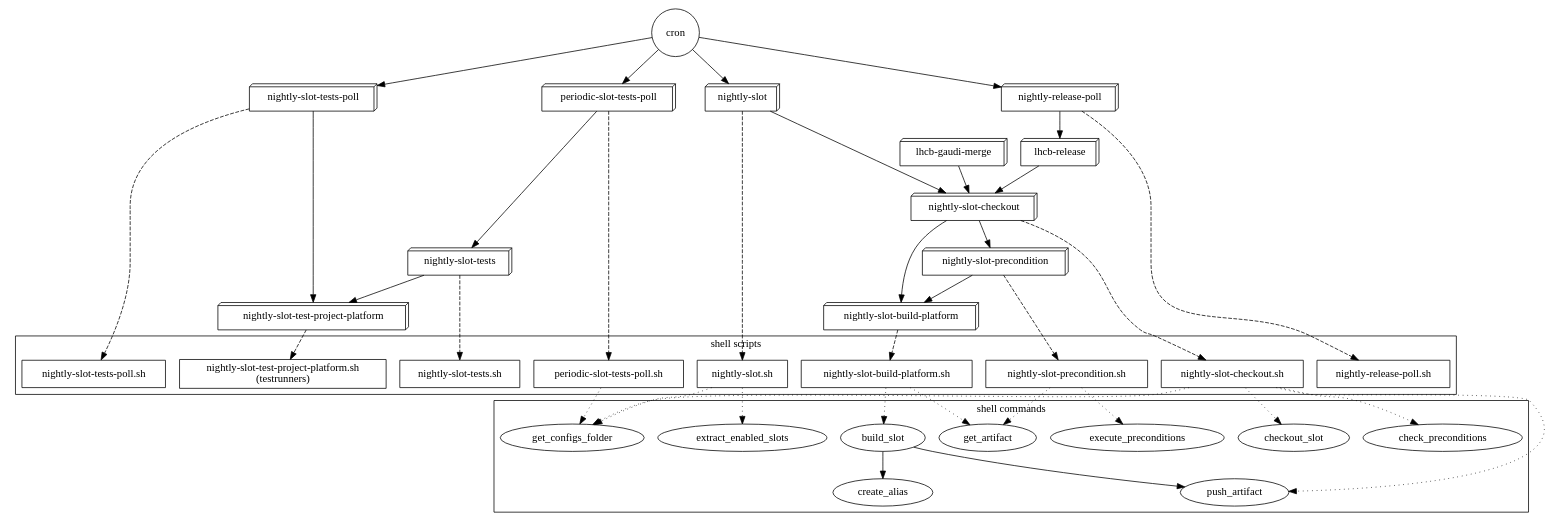
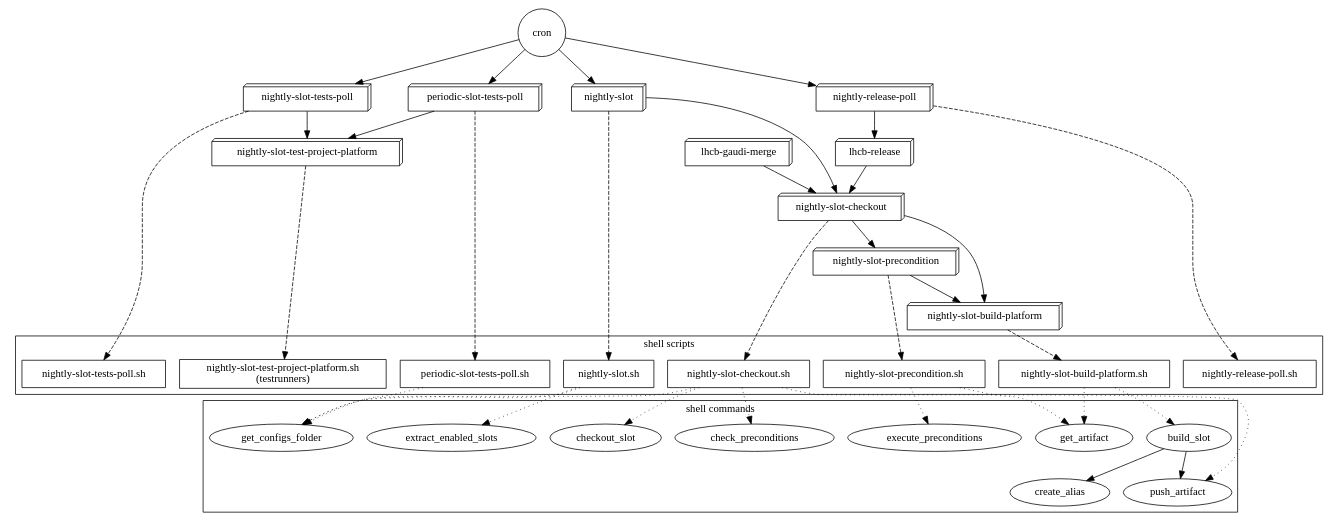
Before and after one commit to LHCbDev/lhcbpr2all: the diagram in docs/jenkins-scripts.dot, drawn with Graphviz. The commit also changed 5 other files, not shown here.

Commit message:
removed nightly-slot-tests.sh and updated periodic-slot-tests-poll.sh

```diff
--- a/docs/jenkins-scripts.dot
+++ b/docs/jenkins-scripts.dot
@@ -1,109 +1,107 @@
 digraph "Jenkins-scripts" {
 
 "cron" [shape=circle];
 
 cron -> { rank = same; node [shape=box3d];
   "nightly-slot";
   "nightly-slot-tests-poll";
   "periodic-slot-tests-poll";
   "nightly-release-poll";
 }
 
 // Jenkins jobs
 subgraph jobs {
   node [shape=box3d];
   //label = "Jenkins jobs";
 
   "nightly-slot" -> "nightly-slot-checkout";
   "nightly-slot-checkout" -> "nightly-slot-precondition";
   "nightly-slot-checkout" -> "nightly-slot-build-platform";
   "nightly-slot-precondition" -> "nightly-slot-build-platform";
 
   "nightly-slot-tests-poll" -> "nightly-slot-test-project-platform";
 
-  "periodic-slot-tests-poll" -> "nightly-slot-tests" -> "nightly-slot-test-project-platform";
+  "periodic-slot-tests-poll" -> "nightly-slot-test-project-platform";
 
   "nightly-release-poll" -> "lhcb-release" -> "nightly-slot-checkout";
 
   "lhcb-gaudi-merge" -> "nightly-slot-checkout";
 }
 
 // Scripts
 subgraph cluster_scripts {
   node [shape=box];
   rank = same;
   label = "shell scripts";
 
   "nightly-slot.sh";
   "nightly-slot-checkout.sh";
   "nightly-slot-precondition.sh";
   "nightly-slot-build-platform.sh";
   "nightly-slot-tests-poll.sh";
   "nightly-slot-test-project-platform.sh" [label = "nightly-slot-test-project-platform.sh\n(testrunners)"];
   "nightly-release-poll.sh";
 
   "periodic-slot-tests-poll.sh";
-  "nightly-slot-tests.sh";
 }
 
 // Shell commands (aliases)
 subgraph cluster_commands {
   node [shape=ellipse];
   rank = same;
   label = "shell commands";
 
   get_configs_folder;
   extract_enabled_slots;
   checkout_slot;
   push_artifact;
   check_preconditions;
   get_artifact;
   execute_preconditions;
   build_slot;
   create_alias;
 
   build_slot -> { create_alias push_artifact }
 };
 
 // Connections jobs->scripts
 edge [style=dashed];
 "nightly-slot" -> "nightly-slot.sh";
 "nightly-slot-checkout" -> "nightly-slot-checkout.sh";
 "nightly-slot-precondition" -> "nightly-slot-precondition.sh";
 "nightly-slot-build-platform" -> "nightly-slot-build-platform.sh";
 "nightly-slot-tests-poll" -> "nightly-slot-tests-poll.sh";
 "nightly-slot-test-project-platform" -> "nightly-slot-test-project-platform.sh";
 "periodic-slot-tests-poll" -> "periodic-slot-tests-poll.sh";
-"nightly-slot-tests" -> "nightly-slot-tests.sh";
 "nightly-release-poll" -> "nightly-release-poll.sh";
 
 // Connections scripts->commands
 // fake level
 edge [style=dotted];
 "nightly-slot.sh" -> {
   get_configs_folder
   extract_enabled_slots
 };
 
 "nightly-slot-checkout.sh" -> {
   get_configs_folder
   checkout_slot
   push_artifact
   check_preconditions
 };
 
 "nightly-slot-precondition.sh" -> {
   get_artifact
   execute_preconditions
 };
 
 "nightly-slot-build-platform.sh" -> {
   get_artifact
   build_slot
 };
 
 "periodic-slot-tests-poll.sh" -> {
   get_configs_folder
 };
 //"nightly-slot-test-project-platform.sh" -> { node [shape=folder]; testrunners };
 }
```
